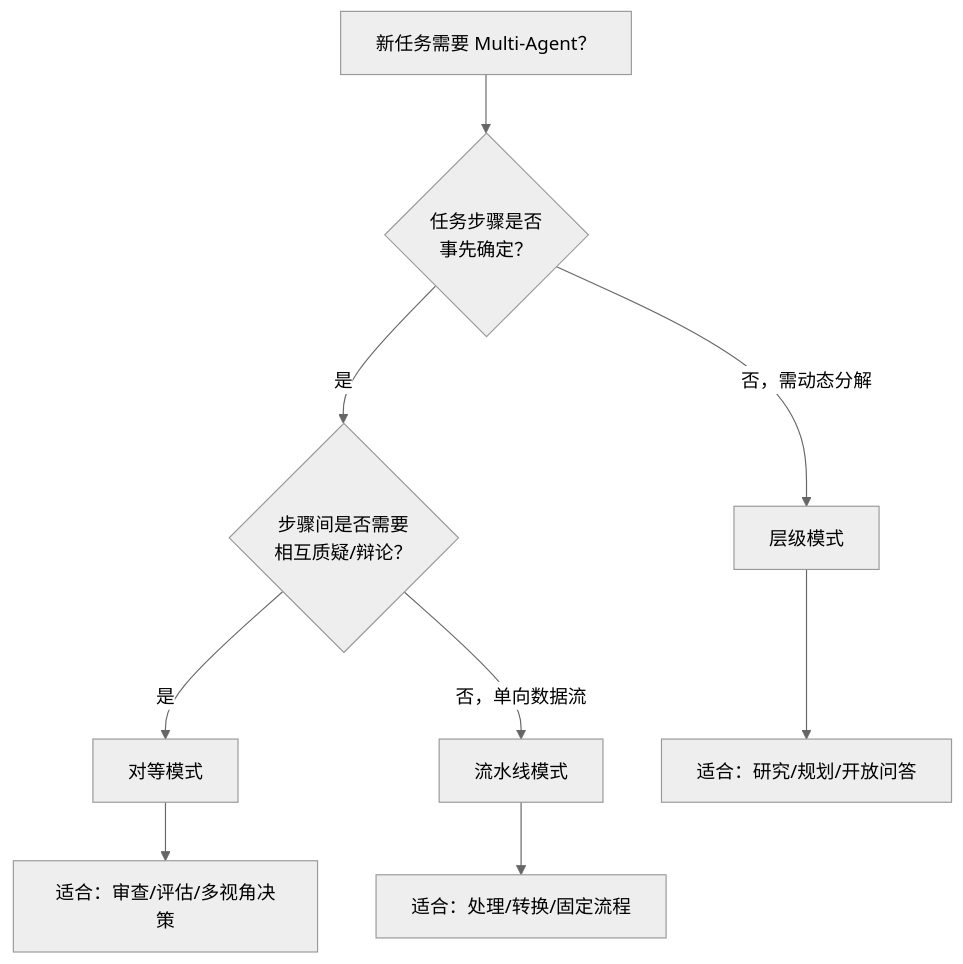
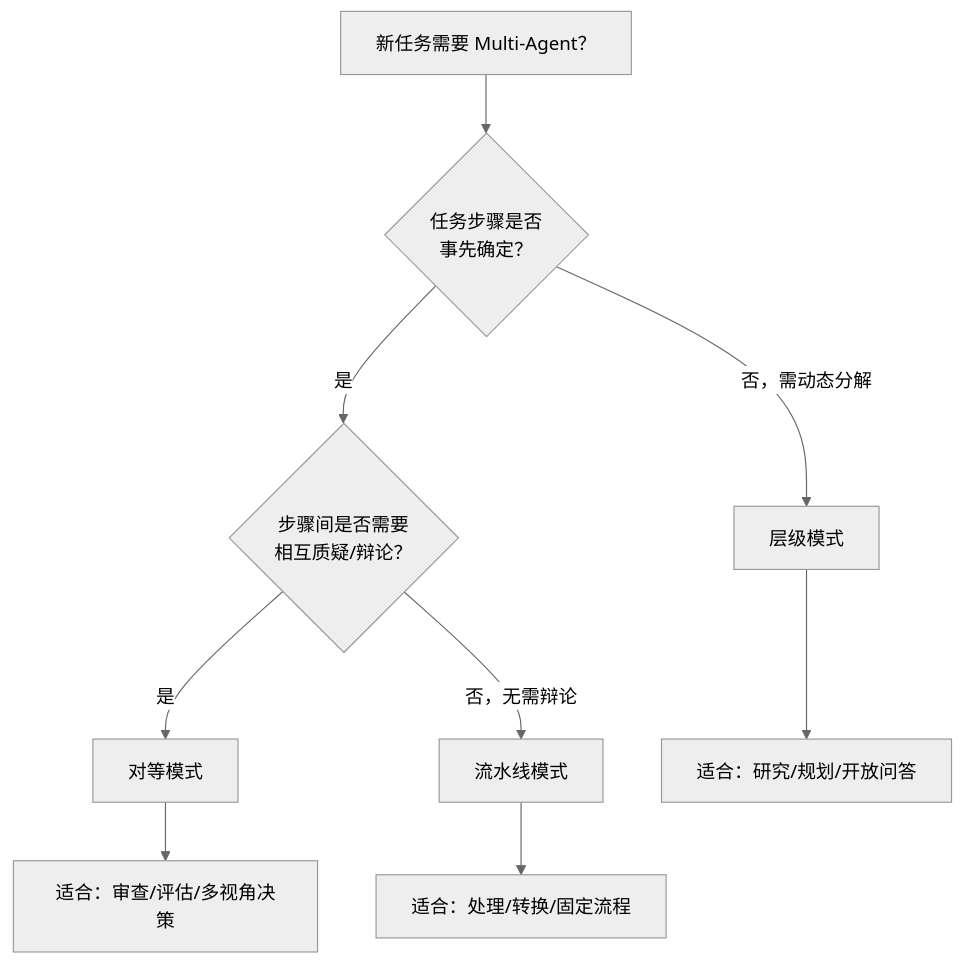
Before and after one commit to swf2020/AI-Agent-in-Practice: the fourth of 4 diagrams in docs/AI Agent In Practice/05_Multi-Agent 系统/5.1 多 Agent 协作模式（层级 - 对等 - 流水线）.md, drawn with Mermaid (neutral theme). The commit also changed 2 other files, not shown here.

Commit message:
fix(review): 审校第05章 Multi-Agent 系统文档
- 5.1: 修复决策树 mermaid 边标签语义（'单向数据流' → '无需辩论'）
- 5.3: 修正 Anthropic 模型名（claude-haiku → claude-3-5-haiku）
- 5.4: 统一 tools.py 中 import re 至文件顶部
- 5.4: max_tokens 改为从 core_config 读取而非硬编码
- 5.4: 统一章节引用格式（Module 5.1 → 第 5.1 节）

````diff
--- a/docs/AI Agent In Practice/05_Multi-Agent 系统/5.1 多 Agent 协作模式（层级 - 对等 - 流水线）.md
+++ b/docs/AI Agent In Practice/05_Multi-Agent 系统/5.1 多 Agent 协作模式（层级 - 对等 - 流水线）.md
@@ -107,11 +107,11 @@
 ```mermaid
 graph TD
     Start[新任务需要 Multi-Agent？] --> Q1{任务步骤是否\n事先确定？}
     Q1 -->|是| Q2{步骤间是否需要\n相互质疑/辩论？}
     Q1 -->|否，需动态分解| H[层级模式]
     Q2 -->|是| P[对等模式]
-    Q2 -->|否，单向数据流| D[流水线模式]
+    Q2 -->|否，无需辩论| D[流水线模式]
     H --> Note1[适合：研究/规划/开放问答]
     P --> Note2[适合：审查/评估/多视角决策]
     D --> Note3[适合：处理/转换/固定流程]
 ```
````
